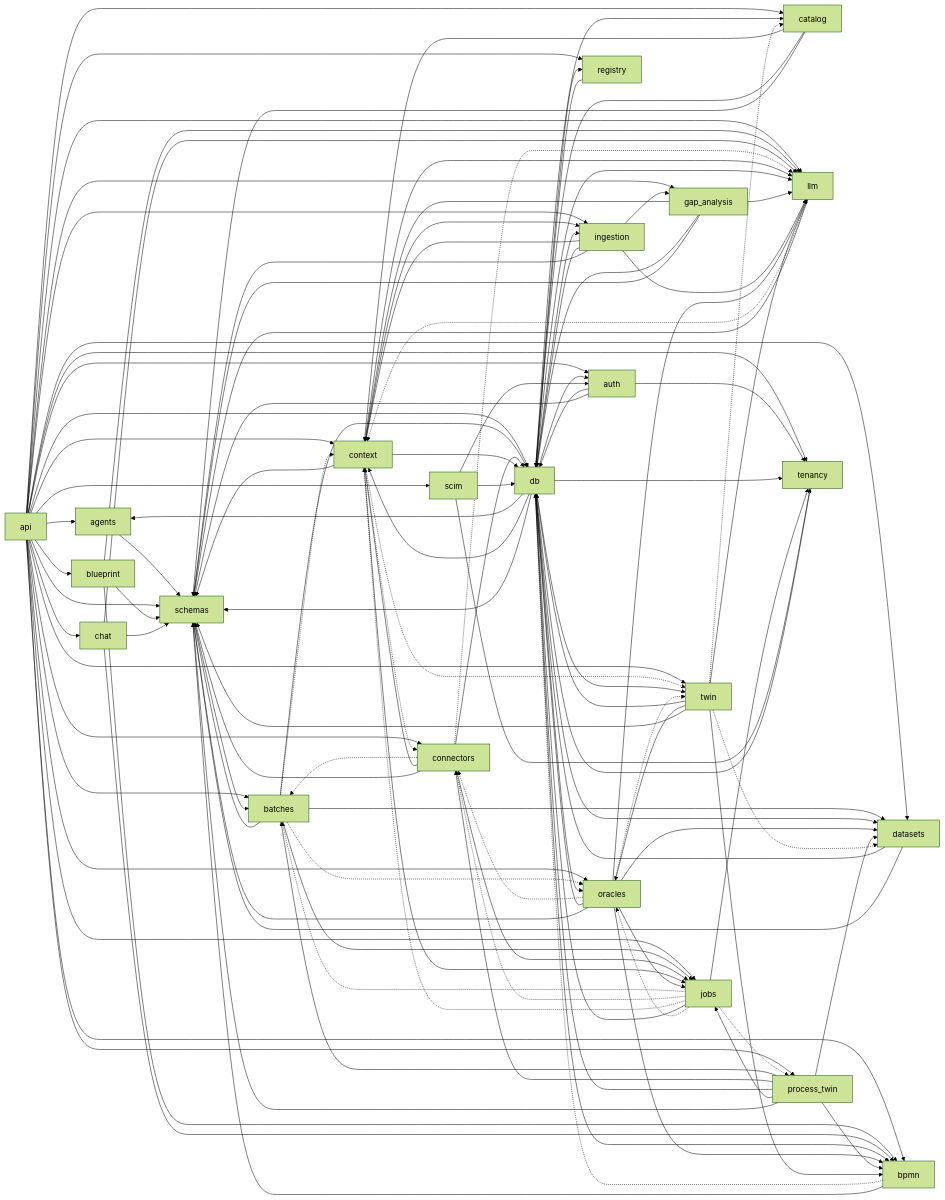
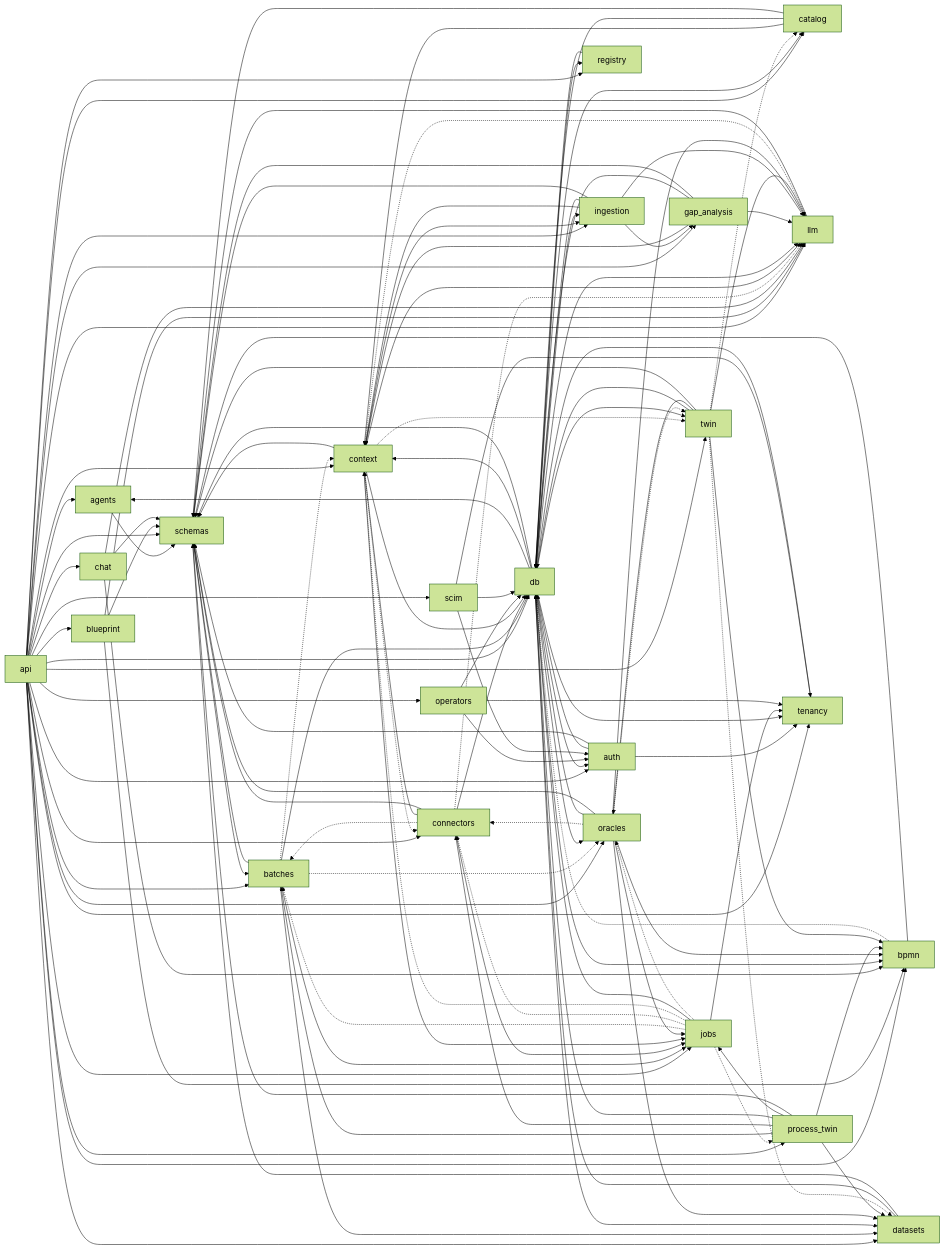
The third of 8 diagrams in docs/wiki/Architecture.md (jayendukumar/agentify), drawn with Mermaid (forest theme) before and after one commit. The commit also changed other lines of this file and 50 other files, not shown here.

```diff
--- a/docs/wiki/Architecture.md
+++ b/docs/wiki/Architecture.md
@@ -135,6 +138,7 @@
     api --> ingestion
     api --> jobs
     api --> llm
+    api --> operators
     api --> oracles
     api --> process_twin
     api --> registry
@@ -208,6 +212,9 @@
     jobs --> tenancy
     llm -.-> context
     llm --> schemas
+    operators --> auth
+    operators --> db
+    operators --> tenancy
     oracles --> bpmn
     oracles -.-> connectors
     oracles --> datasets
```
